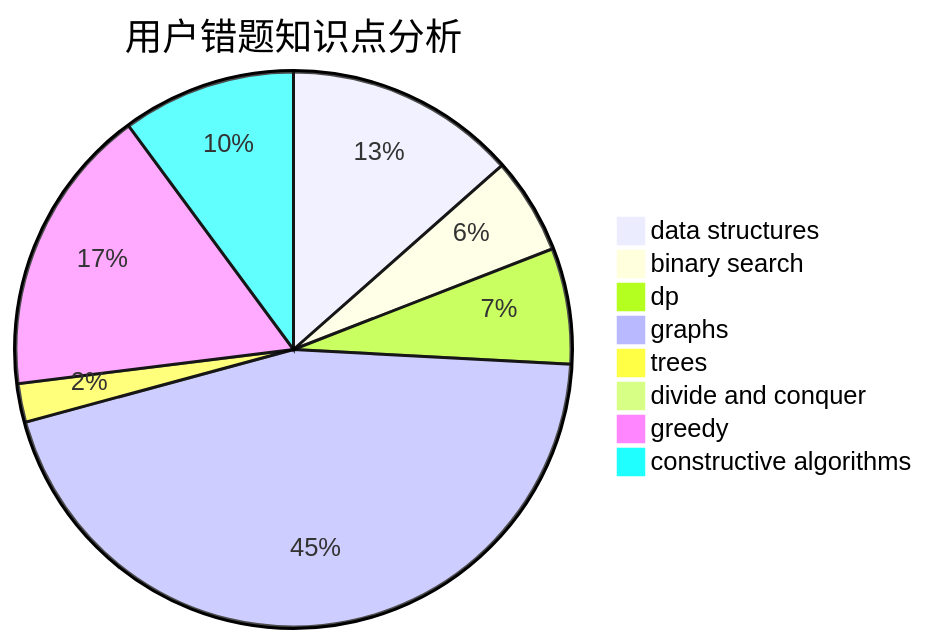
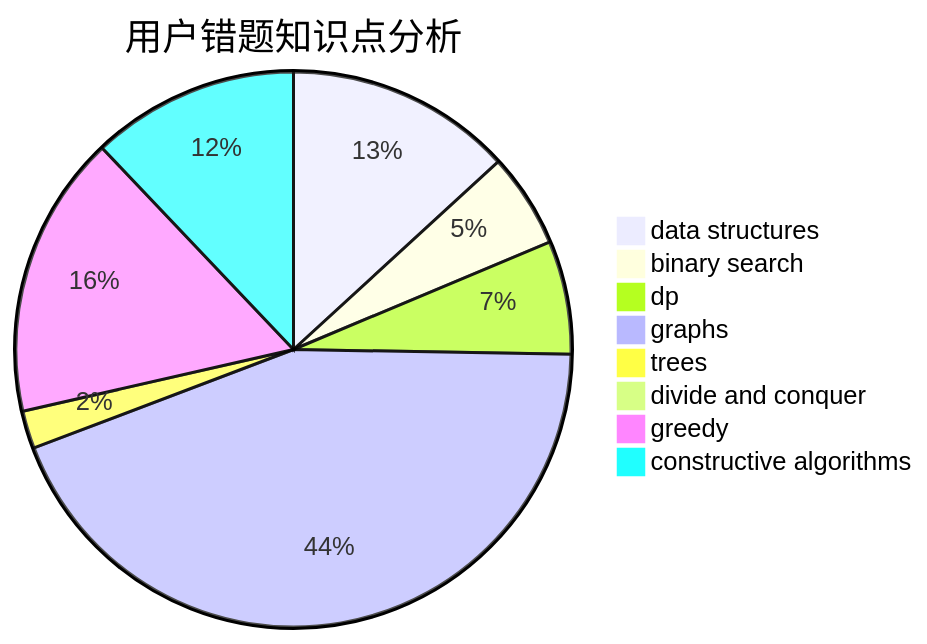
The third of 3 diagrams in docs/user/u971.md (sherpahu/cfrs.github.io), drawn with Mermaid before and after one commit. The commit also changed other lines of this file and 2770 other files, not shown here.

````diff
--- a/docs/user/u971.md
+++ b/docs/user/u971.md
@@ -36,11 +36,11 @@
 ```mermaid
 pie title 用户错题知识点分析
     "data structures" :  12
     "binary search" :  5
     "dp" :  6
     "graphs" :  40
     "trees" :  2
     "divide and conquer" :  0
     "greedy" :  15
-    "constructive algorithms" :  9
+    "constructive algorithms" :  11
 ```
````
